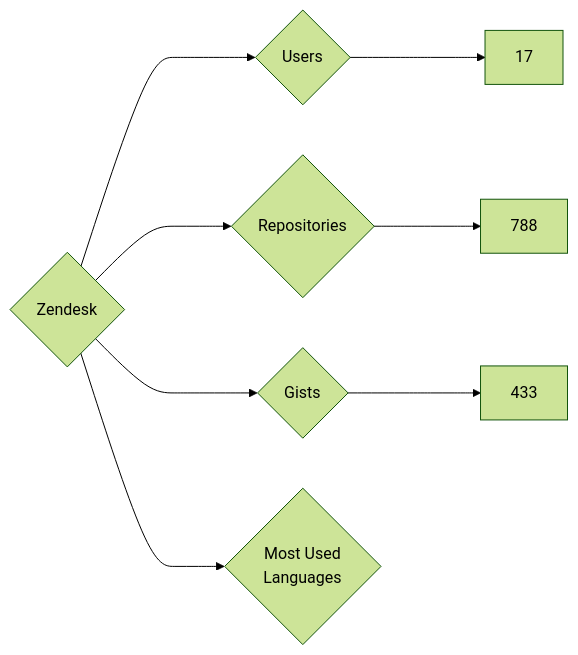
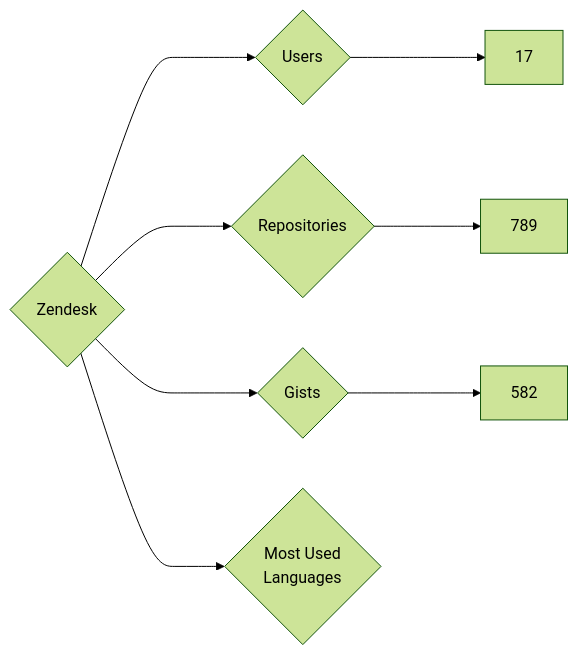
The diagram in targets/Zendesk/README.md (nenadzaric/insiders), drawn with Mermaid (forest theme) before and after one commit. The commit also changed 1342 other files, not shown here.

````diff
--- a/targets/Zendesk/README.md
+++ b/targets/Zendesk/README.md
@@ -3,8 +3,8 @@
 ```mermaid
 graph LR
 COMPANY_NAME{Zendesk}
 COMPANY_NAME ---> U{Users} ---> UN[17]
-COMPANY_NAME ---> R{Repositories} ---> RN[788]
-COMPANY_NAME ---> G{Gists} ---> GN[433]
+COMPANY_NAME ---> R{Repositories} ---> RN[789]
+COMPANY_NAME ---> G{Gists} ---> GN[582]
 COMPANY_NAME ---> ML{Most Used<br>Languages}
 ```
````
